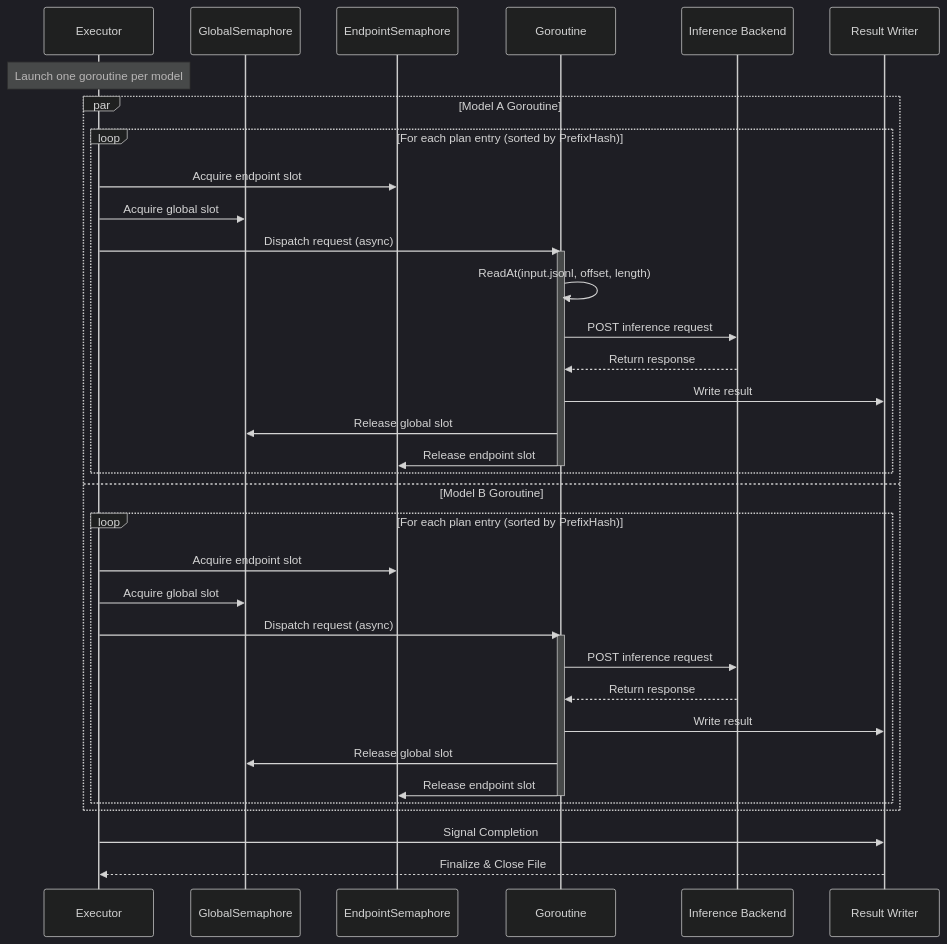
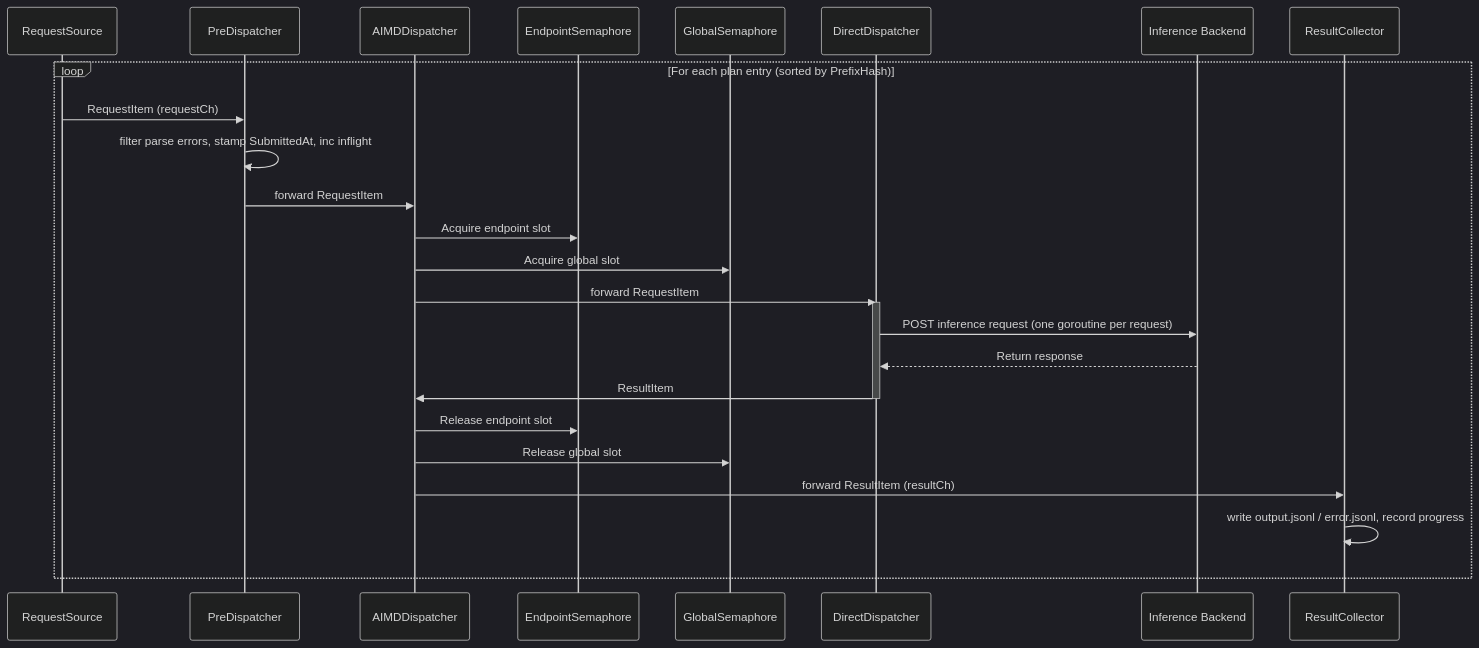
Before and after one commit to llm-d-incubation/batch-gateway: the fourth of 4 diagrams in docs/design/batch_processor_architecture.md, drawn with Mermaid (dark theme). The commit also changed other lines of this file and 1 other file, not shown here.

````diff
--- a/docs/design/batch_processor_architecture.md
+++ b/docs/design/batch_processor_architecture.md
@@ -400,43 +428,29 @@
 ``` mermaid
 sequenceDiagram
-    participant Ex as Executor
+    participant S as RequestSource
+    participant P as PreDispatcher
+    participant A as AIMDDispatcher
+    participant ES as EndpointSemaphore
     participant GS as GlobalSemaphore
-    participant ES as EndpointSemaphore
-    participant E as Goroutine
+    participant D as DirectDispatcher
     participant B as Inference Backend
-    participant W as Result Writer
+    participant C as ResultCollector
 
-    Note over Ex: Launch one goroutine per model
-
-    par Model A Goroutine
-        loop For each plan entry (sorted by PrefixHash)
-            Ex->>ES: Acquire endpoint slot
-            Ex->>GS: Acquire global slot
-            Ex->>E: Dispatch request (async)
-            activate E
-            E->>E: ReadAt(input.jsonl, offset, length)
-            E->>B: POST inference request
-            B-->>E: Return response
-            E->>W: Write result
-            E->>GS: Release global slot
-            E->>ES: Release endpoint slot
-            deactivate E
-        end
-    and Model B Goroutine
-        loop For each plan entry (sorted by PrefixHash)
-            Ex->>ES: Acquire endpoint slot
-            Ex->>GS: Acquire global slot
-            Ex->>E: Dispatch request (async)
-            activate E
-            E->>B: POST inference request
-            B-->>E: Return response
-            E->>W: Write result
-            E->>GS: Release global slot
-            E->>ES: Release endpoint slot
-            deactivate E
-        end
+    loop For each plan entry (sorted by PrefixHash)
+        S->>P: RequestItem (requestCh)
+        P->>P: filter parse errors, stamp SubmittedAt, inc inflight
+        P->>A: forward RequestItem
+        A->>ES: Acquire endpoint slot
+        A->>GS: Acquire global slot
+        A->>D: forward RequestItem
+        activate D
+        D->>B: POST inference request (one goroutine per request)
+        B-->>D: Return response
+        D->>A: ResultItem
+        deactivate D
+        A->>ES: Release endpoint slot
+        A->>GS: Release global slot
+        A->>C: forward ResultItem (resultCh)
+        C->>C: write output.jsonl / error.jsonl, record progress
     end
-
-    Ex->>W: Signal Completion
-    W-->>Ex: Finalize & Close File
 ```
````
